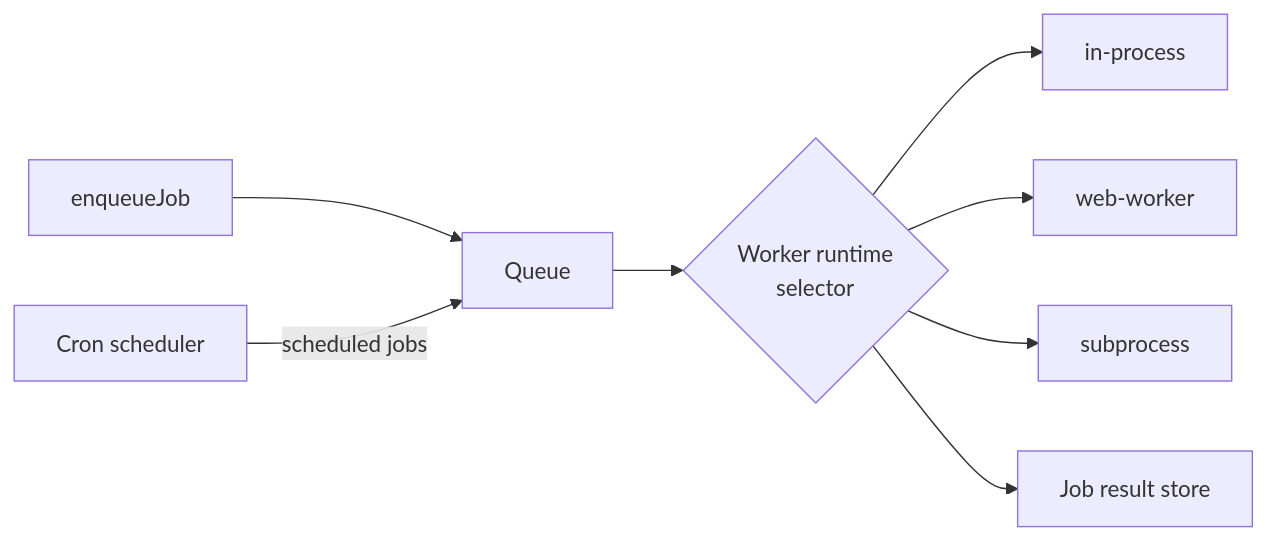
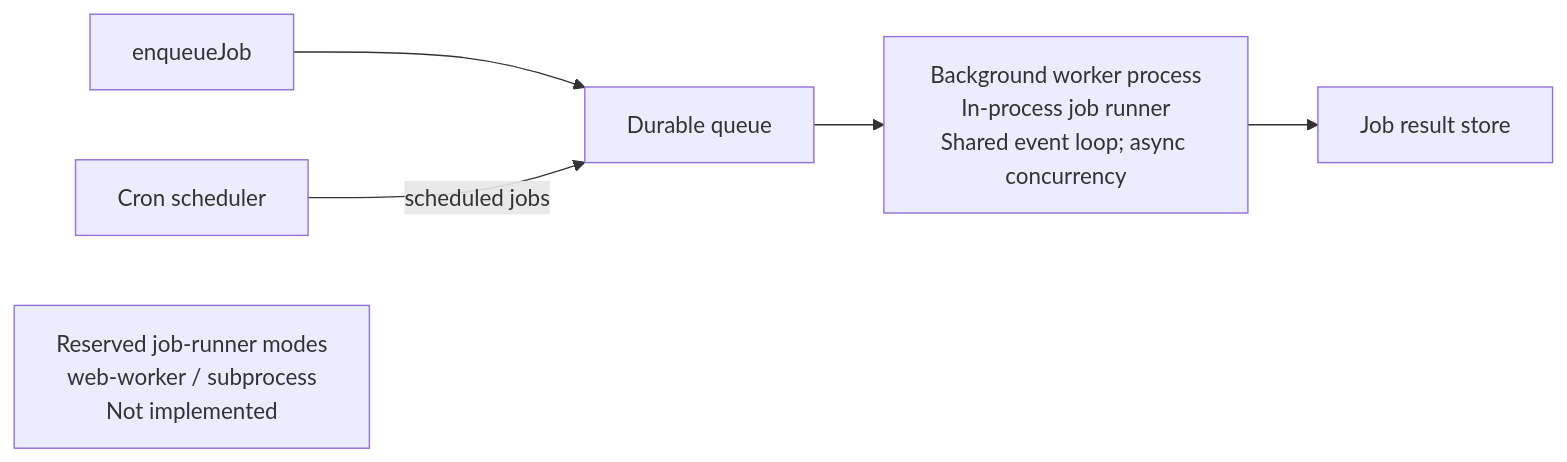
One commit to rickylabs/netscript changed the diagram in docs/site/_diagrams/queue-worker-scheduler.mmd. Above: the diagram before and after it, drawn with Mermaid. The commit also changed 13 other files, not shown here.

Commit message:
docs(workers): truth in-process runner behavior and reserved modes

```diff
--- a/docs/site/_diagrams/queue-worker-scheduler.mmd
+++ b/docs/site/_diagrams/queue-worker-scheduler.mmd
@@ -1,13 +1,7 @@
 %% Source for assets/diagrams/queue-worker-scheduler.svg
-%% enqueueJob -> queue -> worker runtime selector (in-process / web-worker / subprocess)
-%% -> job result store; a cron scheduler feeds scheduled jobs into the same queue.
 flowchart LR
-    enqueue["enqueueJob"] --> queue["Queue"]
+    enqueue["enqueueJob"] --> queue["Durable queue"]
     cron["Cron scheduler"] -->|scheduled jobs| queue
-
-    queue --> selector{"Worker runtime<br/>selector"}
-    selector --> inproc["in-process"]
-    selector --> webworker["web-worker"]
-    selector --> subprocess["subprocess"]
-
-    selector --> store["Job result store"]
+    queue --> runner["Background worker process<br/>In-process job runner<br/>Shared event loop; async concurrency"]
+    runner --> store["Job result store"]
+    reserved["Reserved job-runner modes<br/>web-worker / subprocess<br/>Not implemented"]
```
